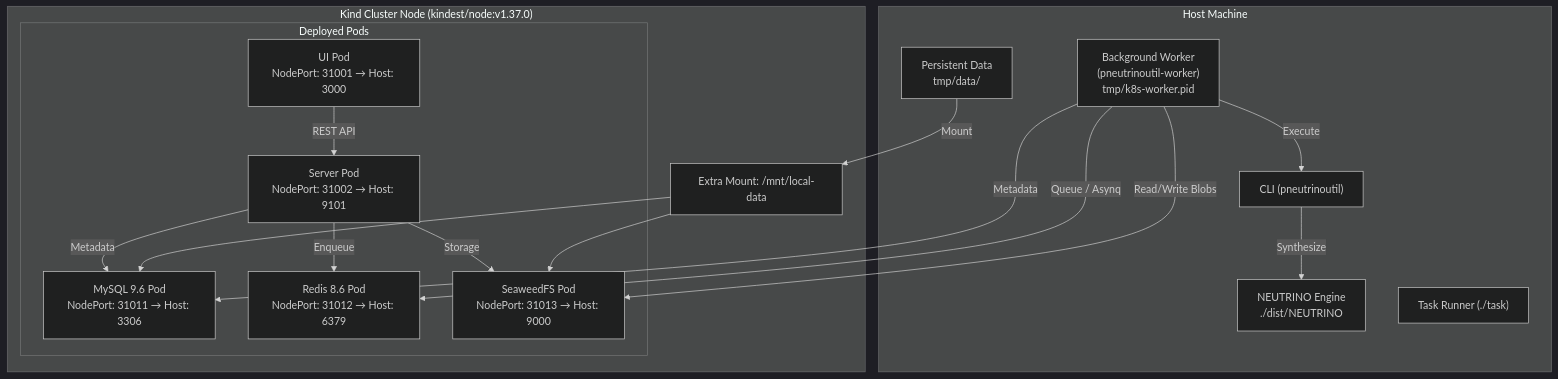
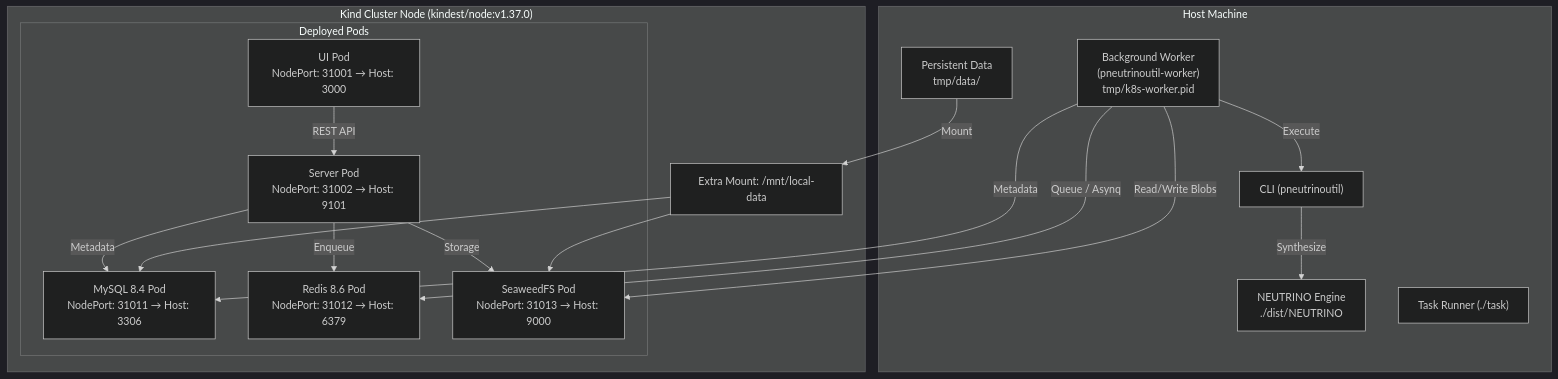
One commit to berquerant/pneutrinoutil changed the diagram in .agent/skills/local-dev-environment/SKILL.md. Above: the diagram before and after it, drawn with Mermaid (dark theme). The commit also changed other lines of this file and 2 other files, not shown here.

Commit message:
build: change mysql version to 8.4.11

````diff
--- a/.agent/skills/local-dev-environment/SKILL.md
+++ b/.agent/skills/local-dev-environment/SKILL.md
@@ -58,34 +58,34 @@
 ```mermaid
 flowchart TD
     subgraph Host["Host Machine"]
         Worker["Background Worker<br/>(pneutrinoutil-worker)<br/>tmp/k8s-worker.pid"]
         CLI["CLI (pneutrinoutil)"]
         NeutrinoEngine["NEUTRINO Engine<br/>./dist/NEUTRINO"]
         DataDir["Persistent Data<br/>tmp/data/"]
         TaskRunner["Task Runner (./task)"]
     end
 
     subgraph KindCluster["Kind Cluster Node (kindest/node:v1.37.0)"]
         Mount["Extra Mount: /mnt/local-data"]
         subgraph Pods["Deployed Pods"]
             Server["Server Pod<br/>NodePort: 31002 → Host: 9101"]
             UI["UI Pod<br/>NodePort: 31001 → Host: 3000"]
-            MySQL["MySQL 9.6 Pod<br/>NodePort: 31011 → Host: 3306"]
+            MySQL["MySQL 8.4 Pod<br/>NodePort: 31011 → Host: 3306"]
             Redis["Redis 8.6 Pod<br/>NodePort: 31012 → Host: 6379"]
             S3["SeaweedFS Pod<br/>NodePort: 31013 → Host: 9000"]
         end
     end
 
     DataDir -->|Mount| Mount
     Mount --> MySQL
     Mount --> S3
     Worker -->|Execute| CLI
     CLI -->|Synthesize| NeutrinoEngine
     Worker -->|Queue / Asynq| Redis
     Worker -->|Metadata| MySQL
     Worker -->|Read/Write Blobs| S3
     Server -->|Metadata| MySQL
     Server -->|Storage| S3
     Server -->|Enqueue| Redis
     UI -->|REST API| Server
 ```
````
